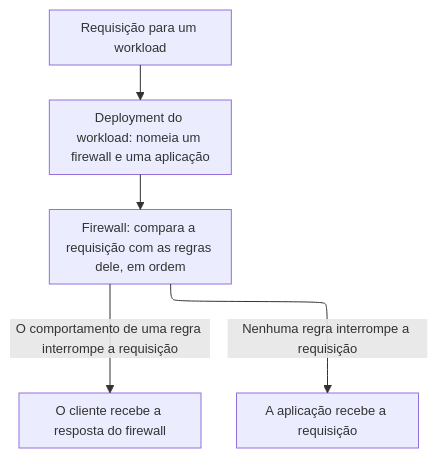
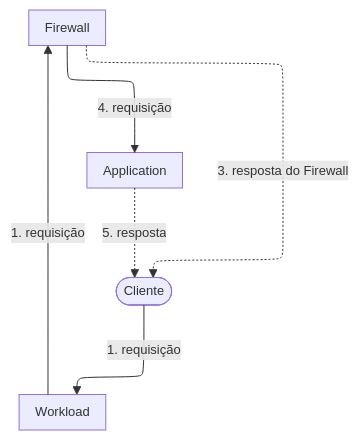
Before and after one commit to aziontech/docs: the diagram in apps/docs/src/content/docs/pt-br/pages/menu-principal/referencia/secure/edge-firewall/edge-firewall.mdx, drawn with Mermaid. The commit also changed other lines of this file and 233 other files, not shown here.

````diff
--- a/apps/docs/src/content/docs/pt-br/pages/menu-principal/referencia/secure/edge-firewall/edge-firewall.mdx
+++ b/apps/docs/src/content/docs/pt-br/pages/menu-principal/referencia/secure/edge-firewall/edge-firewall.mdx
@@ -59,8 +33,13 @@
 ```mermaid
-%%{init: {"layout": "elk", "themeVariables": {"fontSize": "13px"}, "flowchart": {"nodeSpacing": 24, "rankSpacing": 36, "padding": 8, "wrappingWidth": 150, "useMaxWidth": true}, "sequence": {"width": 120, "actorMargin": 30, "useMaxWidth": true}}}%%
+%%{init: {"layout": "elk", "elk": {"cycleBreakingStrategy": "MODEL_ORDER"}, "themeVariables": {"fontSize": "13px"}, "flowchart": {"nodeSpacing": 24, "rankSpacing": 36, "padding": 8, "wrappingWidth": 150, "useMaxWidth": true}, "sequence": {"width": 120, "actorMargin": 30, "useMaxWidth": true}}}%%
 flowchart TD
-  Q["Requisição para um workload"] --> D["Deployment do workload: nomeia um firewall e uma aplicação"]
-  D --> FW["Firewall: compara a requisição com as regras dele, em ordem"]
-  FW -->|"O comportamento de uma regra interrompe a requisição"| S["O cliente recebe a resposta do firewall"]
-  FW -->|"Nenhuma regra interrompe a requisição"| A["A aplicação recebe a requisição"]
+  Client(["Cliente"])
+  WL["Workload"]
+  FW["Firewall"]
+  App["Application"]
+  Client -->|"1. requisição"| WL
+  WL -->|"1. requisição"| FW
+  FW -.->|"3. resposta do Firewall"| Client
+  FW -->|"4. requisição"| App
+  App -.->|"5. resposta"| Client
 ```
````
